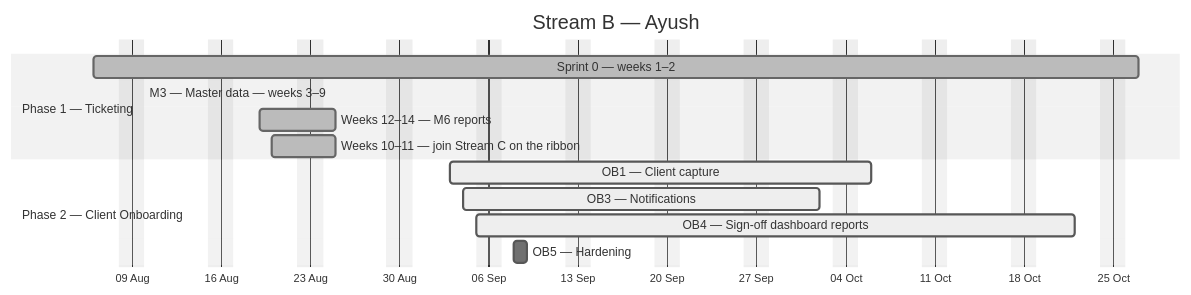
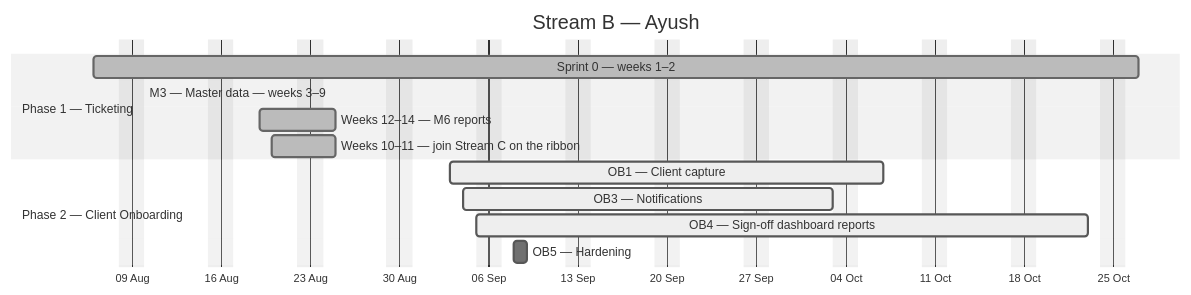
The second of 4 diagrams in docs/plan/GANTT.md (debashisedunext/EduTrack), drawn with Mermaid (neutral theme) before and after one commit. The commit also changed other lines of this file and 2 other files, not shown here.

````diff
--- a/docs/plan/GANTT.md
+++ b/docs/plan/GANTT.md
@@ -148,17 +148,17 @@
 ```mermaid
 gantt
     dateFormat YYYY-MM-DD
     axisFormat %d %b
     title Stream B — Ayush
     excludes weekends
     section Phase 1 — Ticketing
     Sprint 0 — weeks 1–2 :done, b0, 2026-08-06, 58d
     M3 — Master data — weeks 3–9 :done, b1, 2026-08-10, -45d
     Weeks 12–14 — M6 reports :done, b2, 2026-08-19, 4d
     Weeks 10–11 — join Stream C on the ribbon :done, b3, 2026-08-20, 3d
     section Phase 2 — Client Onboarding
-    OB1 — Client capture :active, b4, 2026-09-03, 23d
-    OB3 — Notifications :active, b5, 2026-09-04, 20d
-    OB4 — Sign-off  dashboard  reports :active, b6, 2026-09-05, 34d
+    OB1 — Client capture :active, b4, 2026-09-03, 24d
+    OB3 — Notifications :active, b5, 2026-09-04, 21d
+    OB4 — Sign-off  dashboard  reports :active, b6, 2026-09-05, 35d
     OB5 — Hardening :b7, 2026-09-08, 1d
 ```
````
